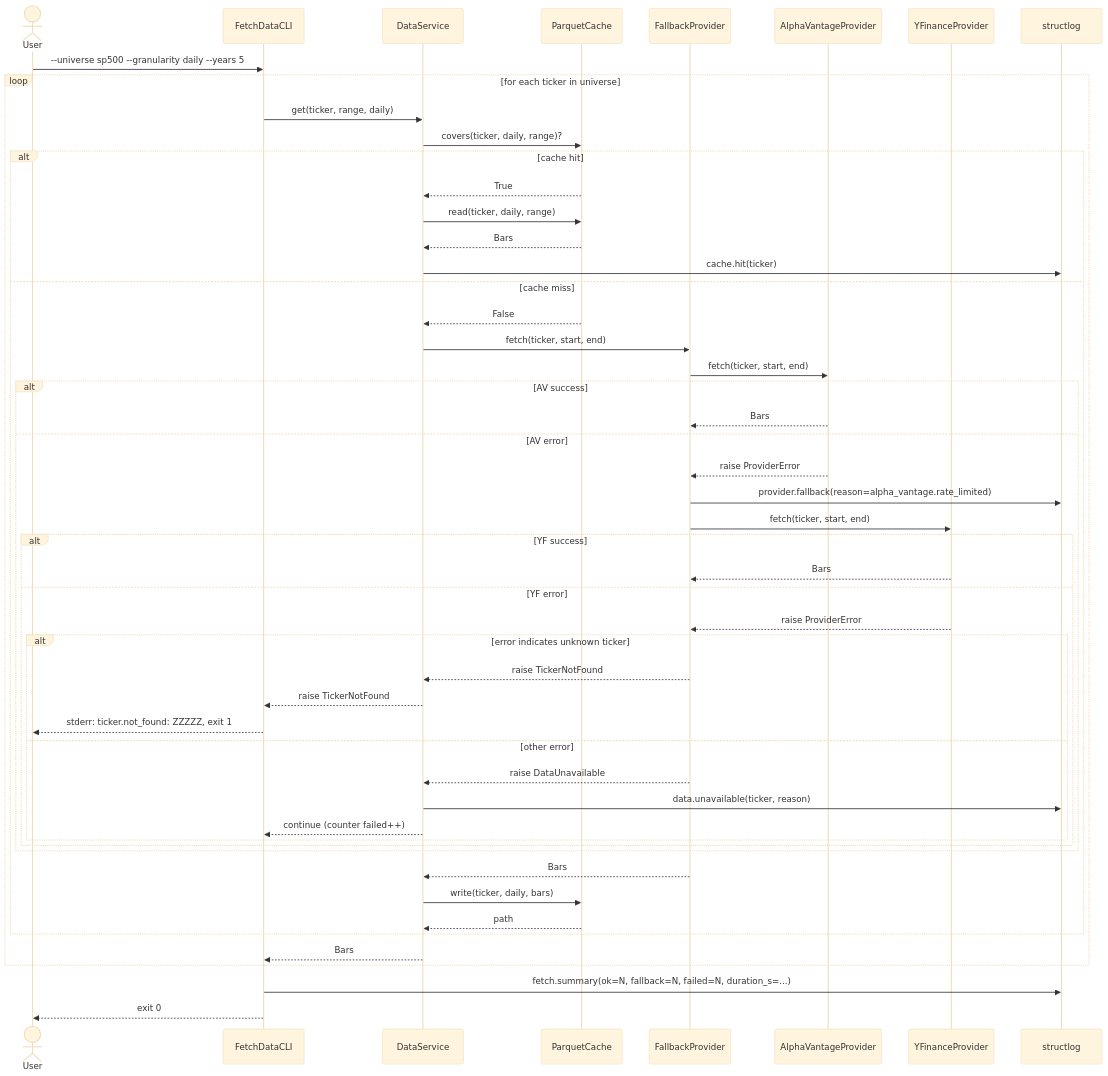
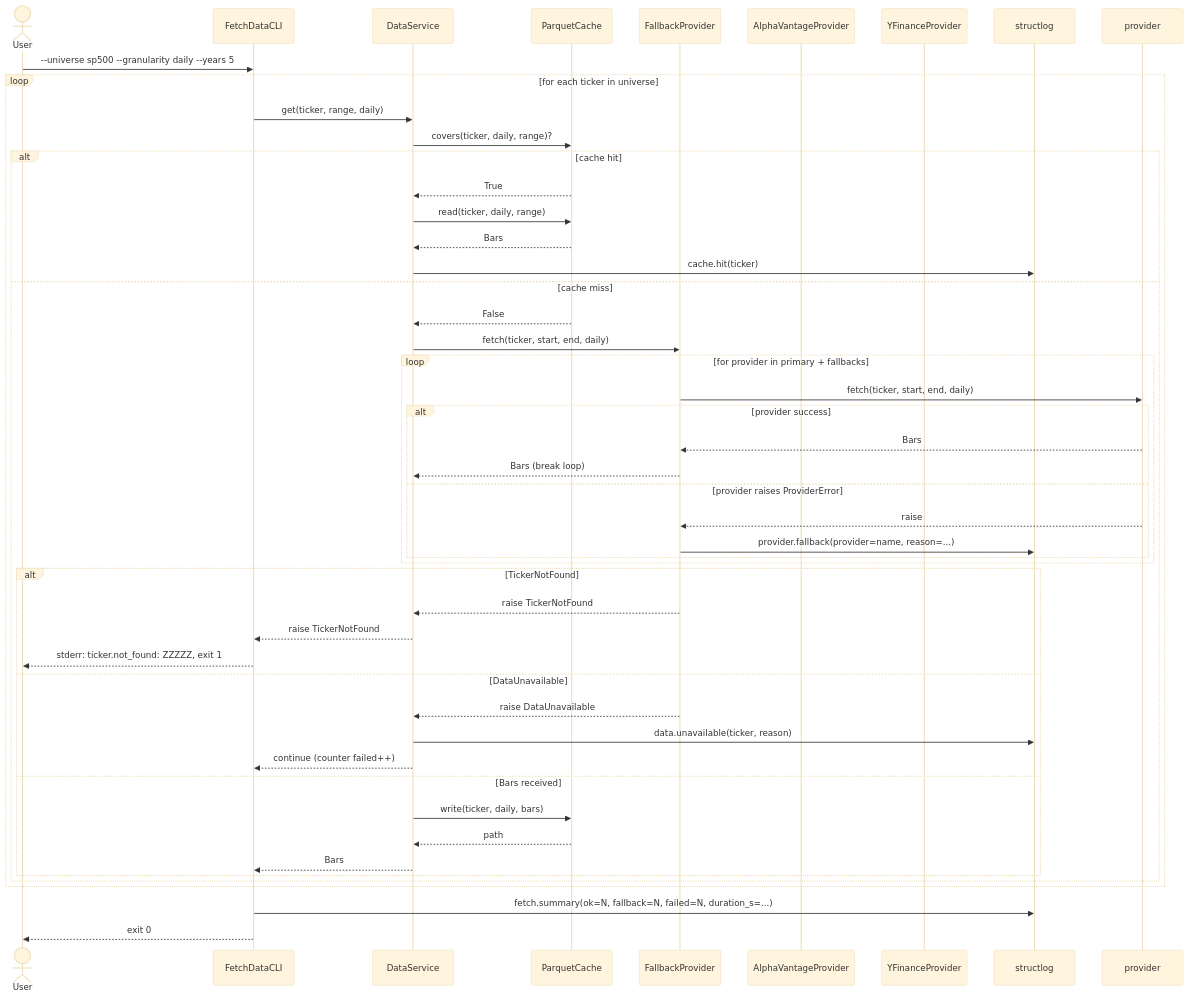
The fourth of 4 diagrams in docs/uml/p1-data/data-provider.md (Tobi-B/quant_trader), drawn with Mermaid (base theme) before and after one commit. The commit also changed other lines of this file, not shown here.

First line of the commit message:
docs(p1): update data-provider diagram - decorator pattern + provider-setup

````diff
--- a/docs/uml/p1-data/data-provider.md
+++ b/docs/uml/p1-data/data-provider.md
@@ -107,54 +151,51 @@
 ```mermaid
 sequenceDiagram
     actor U as User
     participant CLI as FetchDataCLI
     participant DS as DataService
     participant C as ParquetCache
-    participant FP as FallbackProvider
+    participant Dec as FallbackProvider
     participant AV as AlphaVantageProvider
     participant YF as YFinanceProvider
     participant Log as structlog
 
     U->>CLI: --universe sp500 --granularity daily --years 5
     loop for each ticker in universe
         CLI->>DS: get(ticker, range, daily)
         DS->>C: covers(ticker, daily, range)?
         alt cache hit
             C-->>DS: True
             DS->>C: read(ticker, daily, range)
             C-->>DS: Bars
             DS->>Log: cache.hit(ticker)
         else cache miss
             C-->>DS: False
-            DS->>FP: fetch(ticker, start, end)
-            FP->>AV: fetch(ticker, start, end)
-            alt AV success
-                AV-->>FP: Bars
-            else AV error
-                AV-->>FP: raise ProviderError
-                FP->>Log: provider.fallback(reason=alpha_vantage.rate_limited)
-                FP->>YF: fetch(ticker, start, end)
-                alt YF success
-                    YF-->>FP: Bars
-                else YF error
-                    YF-->>FP: raise ProviderError
-                    alt error indicates unknown ticker
-                        FP-->>DS: raise TickerNotFound
-                        DS-->>CLI: raise TickerNotFound
-                        CLI-->>U: stderr: ticker.not_found: ZZZZZ, exit 1
-                    else other error
-                        FP-->>DS: raise DataUnavailable
-                        DS->>Log: data.unavailable(ticker, reason)
-                        DS-->>CLI: continue (counter failed++)
-                    end
+            DS->>Dec: fetch(ticker, start, end, daily)
+            loop for provider in primary + fallbacks
+                Dec->>provider: fetch(ticker, start, end, daily)
+                alt provider success
+                    provider-->>Dec: Bars
+                    Dec-->>DS: Bars (break loop)
+                else provider raises ProviderError
+                    provider-->>Dec: raise
+                    Dec->>Log: provider.fallback(provider=name, reason=...)
                 end
             end
-            FP-->>DS: Bars
-            DS->>C: write(ticker, daily, bars)
-            C-->>DS: path
+            alt TickerNotFound
+                Dec-->>DS: raise TickerNotFound
+                DS-->>CLI: raise TickerNotFound
+                CLI-->>U: stderr: ticker.not_found: ZZZZZ, exit 1
+            else DataUnavailable
+                Dec-->>DS: raise DataUnavailable
+                DS->>Log: data.unavailable(ticker, reason)
+                DS-->>CLI: continue (counter failed++)
+            else Bars received
+                DS->>C: write(ticker, daily, bars)
+                C-->>DS: path
+                DS-->>CLI: Bars
+            end
         end
-        DS-->>CLI: Bars
     end
     CLI->>Log: fetch.summary(ok=N, fallback=N, failed=N, duration_s=...)
     CLI-->>U: exit 0
 ```
````
